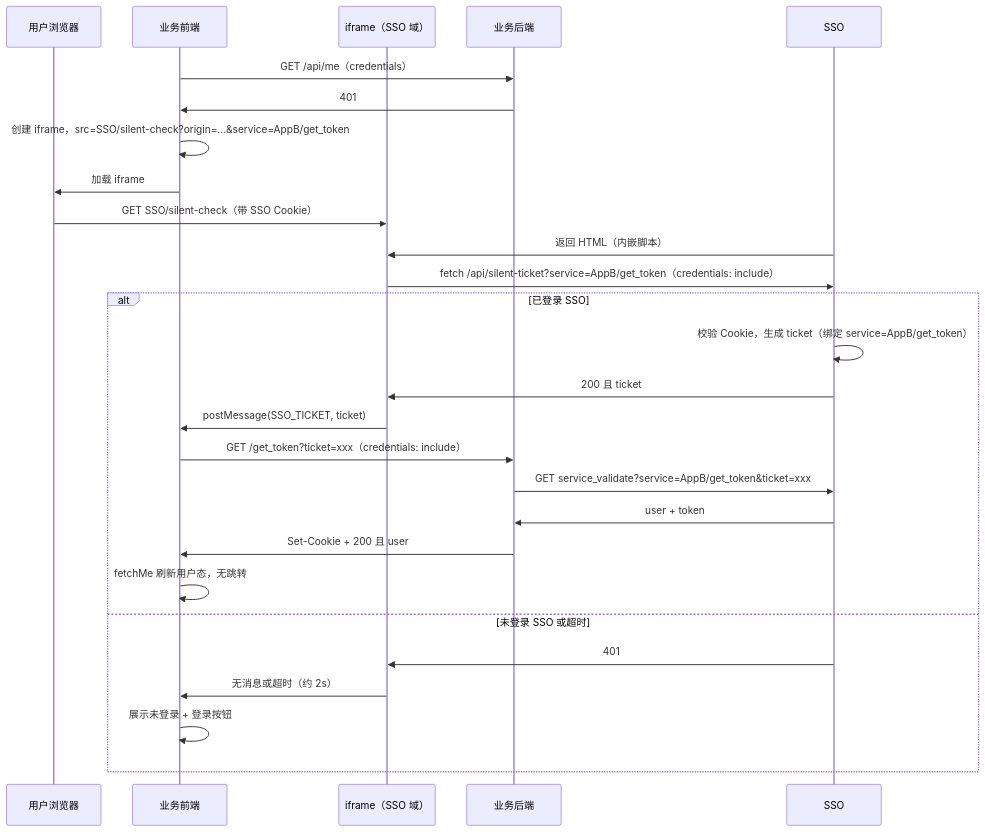
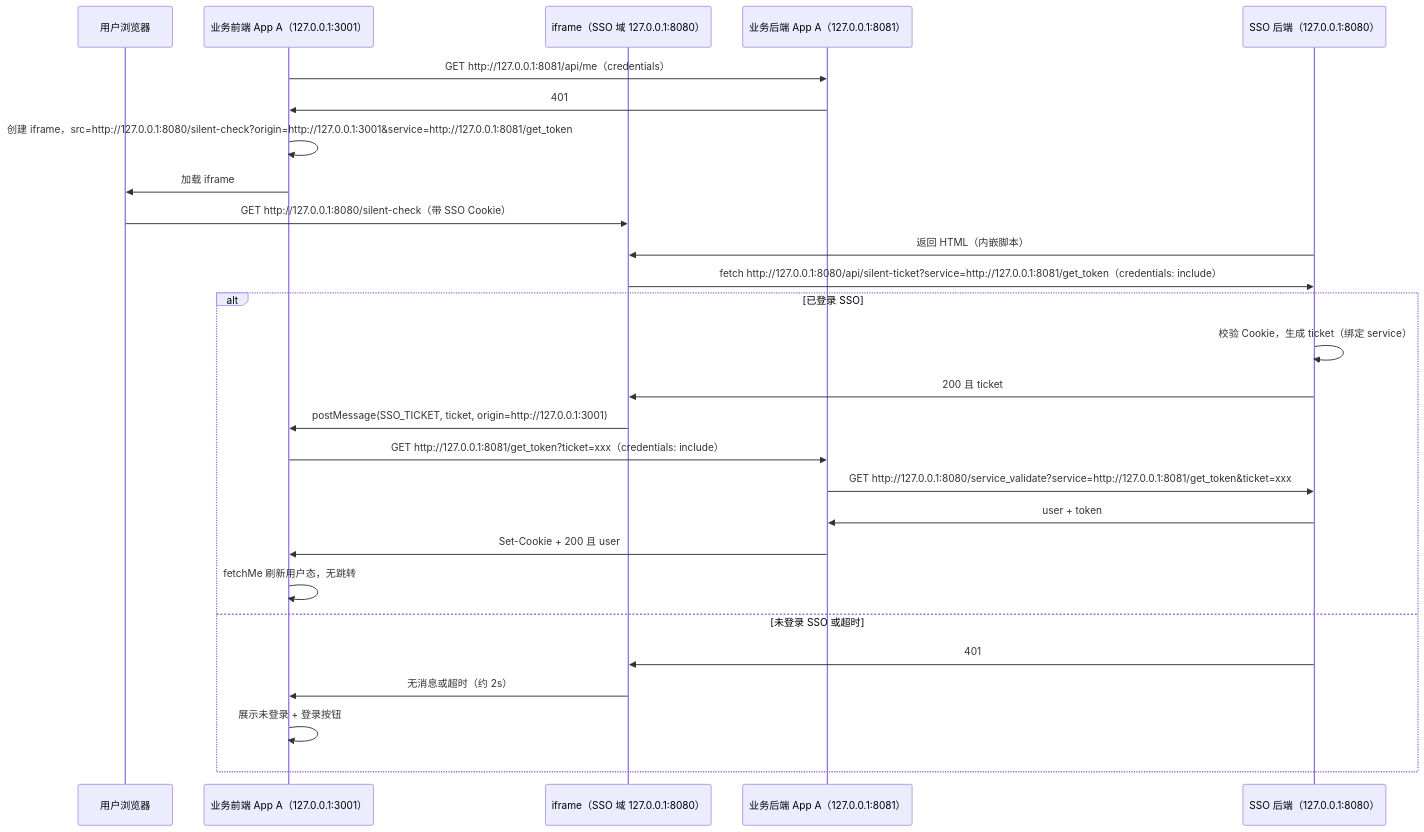
One commit to gw-gong/demo changed the second of 3 diagrams in sso/README.md. Above: the diagram before and after it, drawn with Mermaid. The commit also changed other lines of this file, not shown here.

````diff
--- a/sso/README.md
+++ b/sso/README.md
@@ -47,30 +63,30 @@
 ```mermaid
 sequenceDiagram
   participant U as 用户浏览器
-  participant F as 业务前端
-  participant Iframe as iframe（SSO 域）
-  participant B as 业务后端
-  participant S as SSO
+  participant F as 业务前端 App A（127.0.0.1:3001）
+  participant Iframe as iframe（SSO 域 127.0.0.1:8080）
+  participant B as 业务后端 App A（127.0.0.1:8081）
+  participant SB as SSO 后端（127.0.0.1:8080）
 
-  F->>B: GET /api/me（credentials）
+  F->>B: GET http://127.0.0.1:8081/api/me（credentials）
   B->>F: 401
-  F->>F: 创建 iframe，src=SSO/silent-check?origin=...&service=AppB/get_token
+  F->>F: 创建 iframe，src=http://127.0.0.1:8080/silent-check?origin=http://127.0.0.1:3001&service=http://127.0.0.1:8081/get_token
   F->>U: 加载 iframe
-  U->>Iframe: GET SSO/silent-check（带 SSO Cookie）
-  S->>Iframe: 返回 HTML（内嵌脚本）
-  Iframe->>S: fetch /api/silent-ticket?service=AppB/get_token（credentials: include）
+  U->>Iframe: GET http://127.0.0.1:8080/silent-check（带 SSO Cookie）
+  SB->>Iframe: 返回 HTML（内嵌脚本）
+  Iframe->>SB: fetch http://127.0.0.1:8080/api/silent-ticket?service=http://127.0.0.1:8081/get_token（credentials: include）
   alt 已登录 SSO
-    S->>S: 校验 Cookie，生成 ticket（绑定 service=AppB/get_token）
-    S->>Iframe: 200 且 ticket
-    Iframe->>F: postMessage(SSO_TICKET, ticket)
-    F->>B: GET /get_token?ticket=xxx（credentials: include）
-    B->>S: GET service_validate?service=AppB/get_token&ticket=xxx
-    S->>B: user + token
+    SB->>SB: 校验 Cookie，生成 ticket（绑定 service）
+    SB->>Iframe: 200 且 ticket
+    Iframe->>F: postMessage(SSO_TICKET, ticket, origin=http://127.0.0.1:3001)
+    F->>B: GET http://127.0.0.1:8081/get_token?ticket=xxx（credentials: include）
+    B->>SB: GET http://127.0.0.1:8080/service_validate?service=http://127.0.0.1:8081/get_token&ticket=xxx
+    SB->>B: user + token
     B->>F: Set-Cookie + 200 且 user
     F->>F: fetchMe 刷新用户态，无跳转
   else 未登录 SSO 或超时
-    S->>Iframe: 401
+    SB->>Iframe: 401
     Iframe->>F: 无消息或超时（约 2s）
     F->>F: 展示未登录 + 登录按钮
   end
 ```
````
